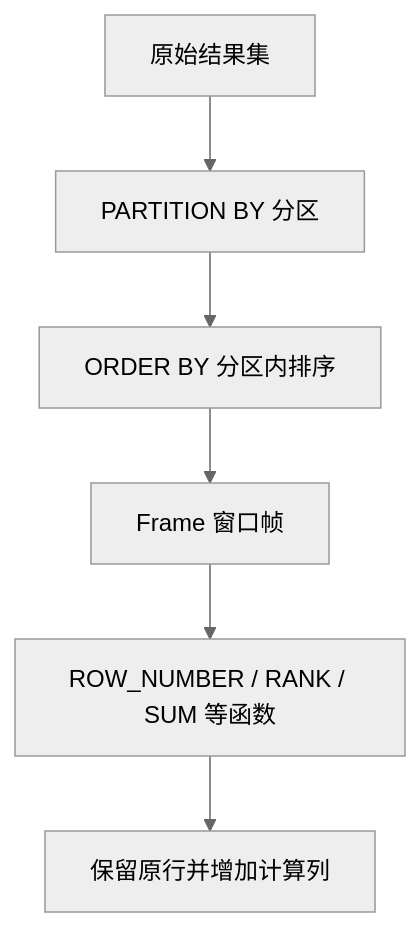
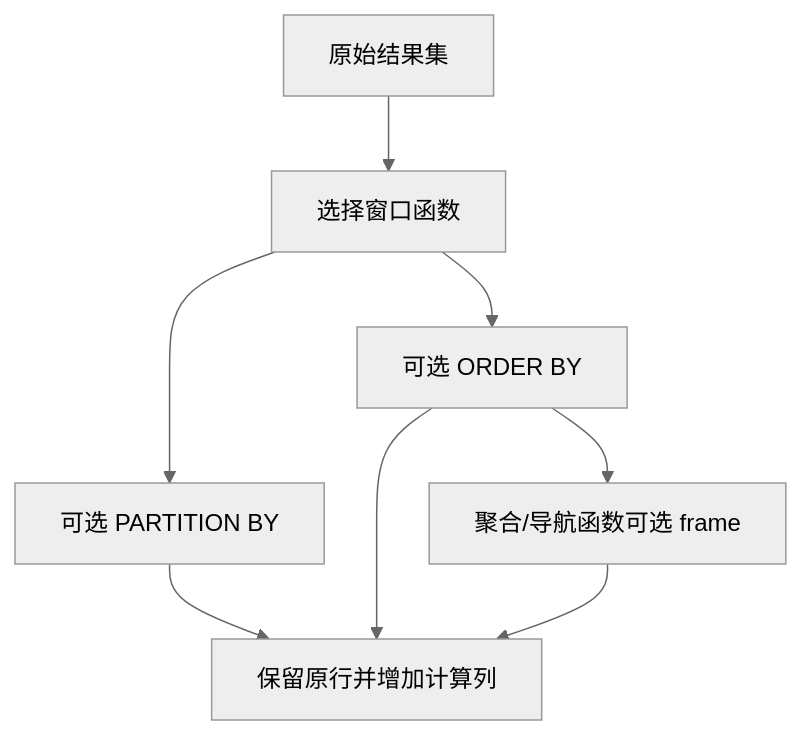
One commit to koco-co/hexo-blog changed the diagram in source/_posts/learn-topic/mysql/MySQL(六)CTE与窗口函数.md. Above: the diagram before and after it, drawn with Mermaid (neutral theme). The commit also changed other lines of this file and 123 other files, not shown here.

```diff
--- a/source/_posts/learn-topic/mysql/MySQL(六)CTE与窗口函数.md
+++ b/source/_posts/learn-topic/mysql/MySQL(六)CTE与窗口函数.md
@@ -27,8 +27,10 @@
 {% mermaid %}
 flowchart TD
-  R[原始结果集] --> P[PARTITION BY 分区]
-  P --> O[ORDER BY 分区内排序]
-  O --> F[Frame 窗口帧]
-  F --> W[ROW_NUMBER / RANK / SUM 等函数]
-  W --> K[保留原行并增加计算列]
+  R[原始结果集] --> W[选择窗口函数]
+  W --> P[可选 PARTITION BY]
+  W --> O[可选 ORDER BY]
+  O --> F[聚合/导航函数可选 frame]
+  P --> K[保留原行并增加计算列]
+  O --> K
+  F --> K
 {% endmermaid %}
```
